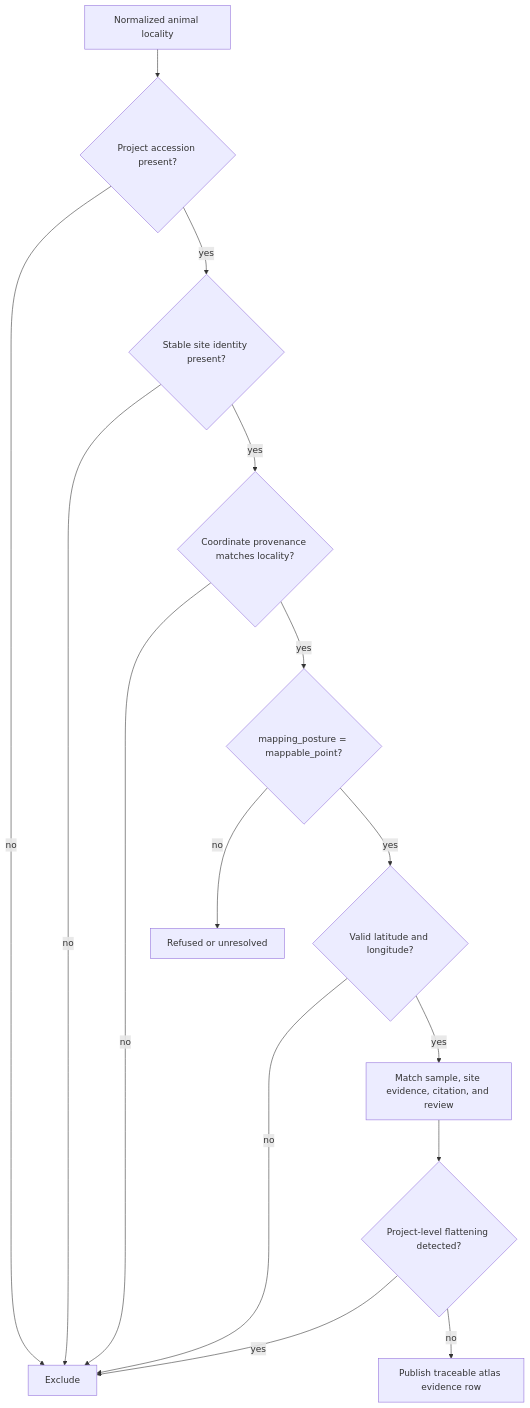
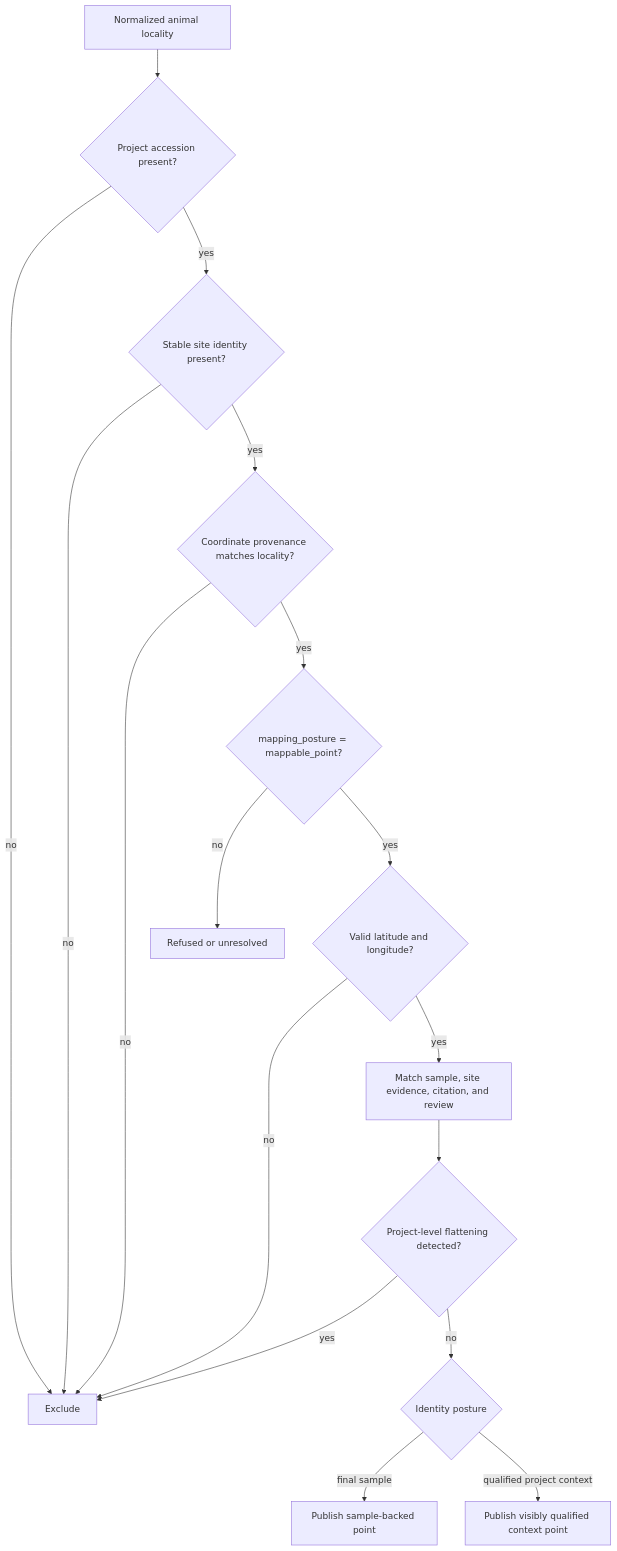
The first of 3 diagrams in docs/public/pollenomics-data/publications/point-rules.md (bijux/bijux-pollenomics), drawn with Mermaid before and after one commit. The commit also changed other lines of this file and 2 other files, not shown here.

Commit message:
docs(contracts): state point classes and release claim limits

````diff
--- a/docs/public/pollenomics-data/publications/point-rules.md
+++ b/docs/public/pollenomics-data/publications/point-rules.md
@@ -50,17 +56,19 @@
 ```mermaid
 flowchart TD
     A[Normalized animal locality] --> B{Project accession present?}
     B -->|no| X[Exclude]
     B -->|yes| C{Stable site identity present?}
     C -->|no| X
     C -->|yes| D{Coordinate provenance matches locality?}
     D -->|no| X
     D -->|yes| E{mapping_posture = mappable_point?}
     E -->|no| Y[Refused or unresolved]
     E -->|yes| F{Valid latitude and longitude?}
     F -->|no| X
     F -->|yes| G[Match sample, site evidence, citation, and review]
     G --> H{Project-level flattening detected?}
     H -->|yes| X
-    H -->|no| I[Publish traceable atlas evidence row]
+    H -->|no| I{Identity posture}
+    I -->|final sample| P[Publish sample-backed point]
+    I -->|qualified project context| Q[Publish visibly qualified context point]
 ```
````
